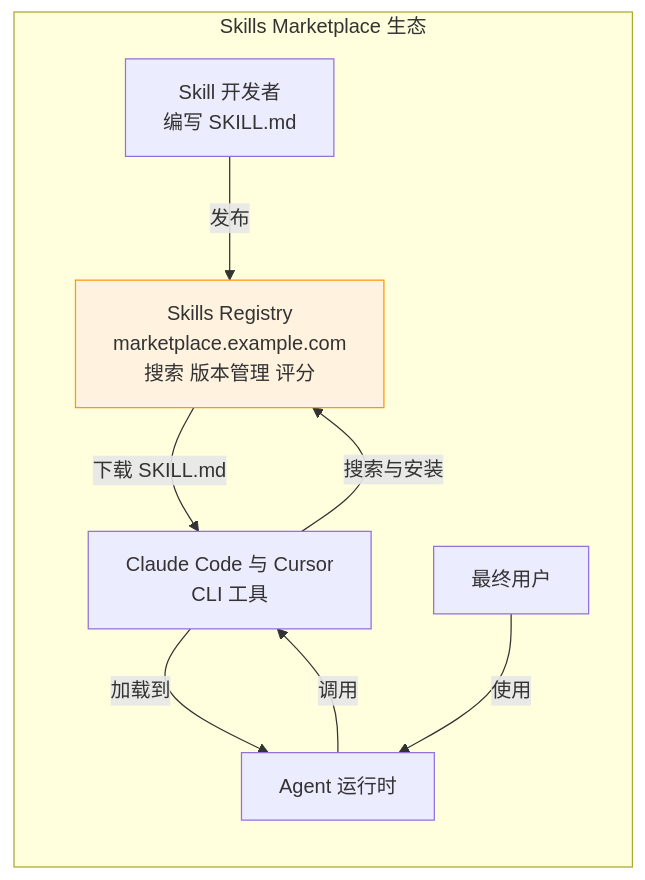
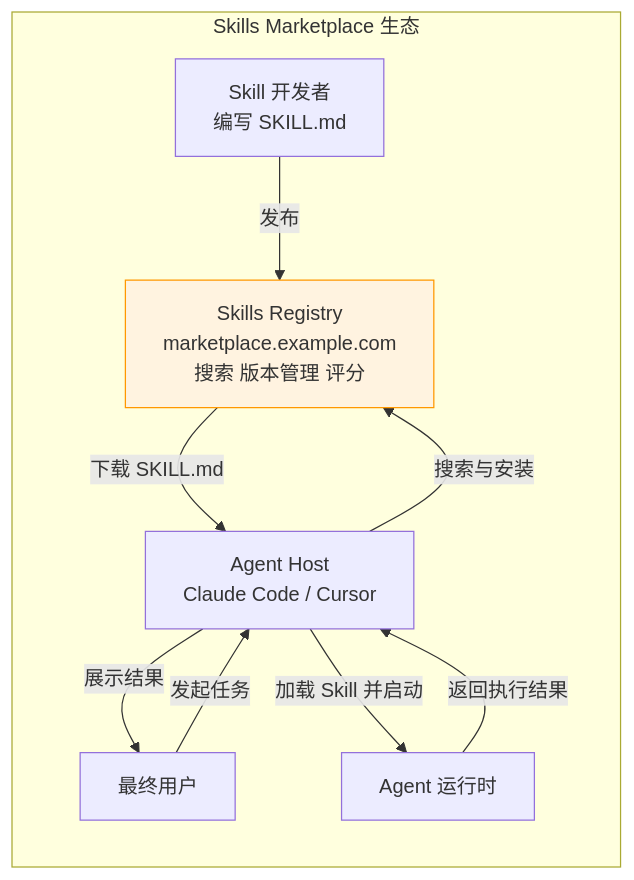
Diagram 19 of 20 in 15_Agent智能体开发.md (BeefWrap4/LLM-Knowledge-Base), drawn with Mermaid before and after one commit. The commit also changed other lines of this file and 8 other files, not shown here.

Commit message:
Fix Mermaid semantics and Obsidian layouts

````diff
--- a/15_Agent智能体开发.md
+++ b/15_Agent智能体开发.md
@@ -3393,21 +3375,22 @@
 ```mermaid
 graph TB
     subgraph "Skills Marketplace 生态"
         direction TB
 
         Dev["Skill 开发者<br/>编写 SKILL.md"]
         Registry["Skills Registry<br/>marketplace.example.com<br/>搜索 版本管理 评分"]
-        CLI["Claude Code 与 Cursor<br/>CLI 工具"]
+        Host["Agent Host<br/>Claude Code / Cursor"]
         Agent["Agent 运行时"]
         User["最终用户"]
 
         Dev -->|"发布"| Registry
-        CLI -->|"搜索与安装"| Registry
-        Registry -->|"下载 SKILL.md"| CLI
-        CLI -->|"加载到"| Agent
-        User -->|"使用"| Agent
-        Agent -->|"调用"| CLI
+        Host -->|"搜索与安装"| Registry
+        Registry -->|"下载 SKILL.md"| Host
+        User -->|"发起任务"| Host
+        Host -->|"加载 Skill 并启动"| Agent
+        Agent -->|"返回执行结果"| Host
+        Host -->|"展示结果"| User
     end
 
     style Registry fill:#fff3e0,stroke:#ff9800
 ```
````
